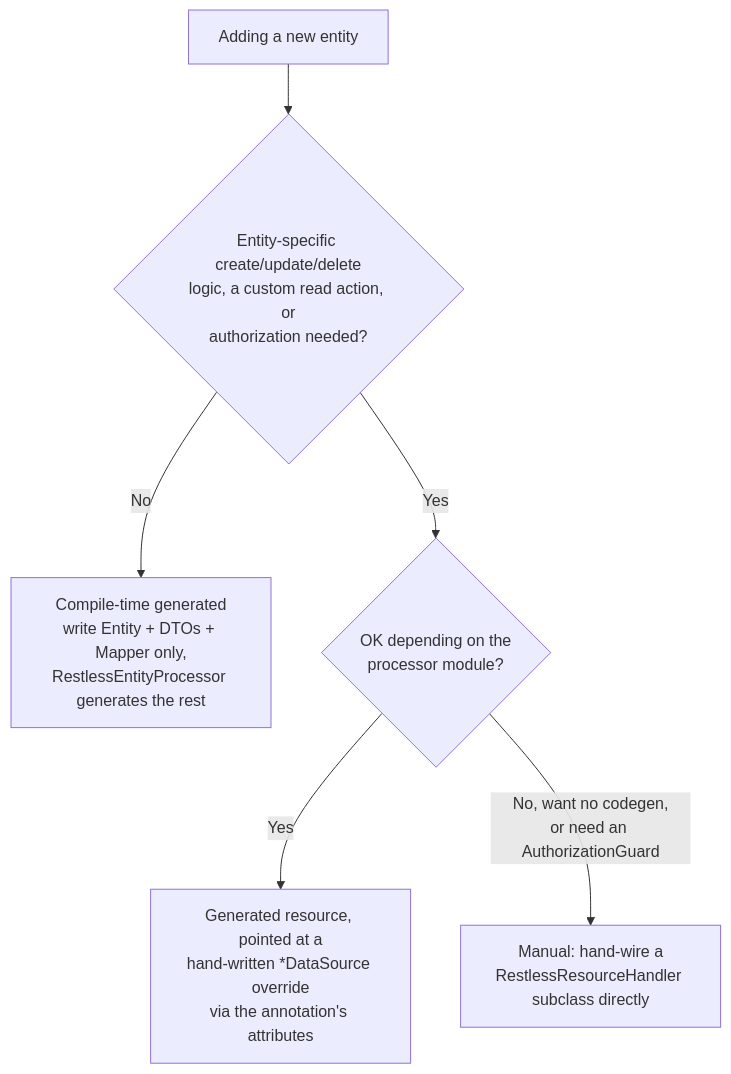
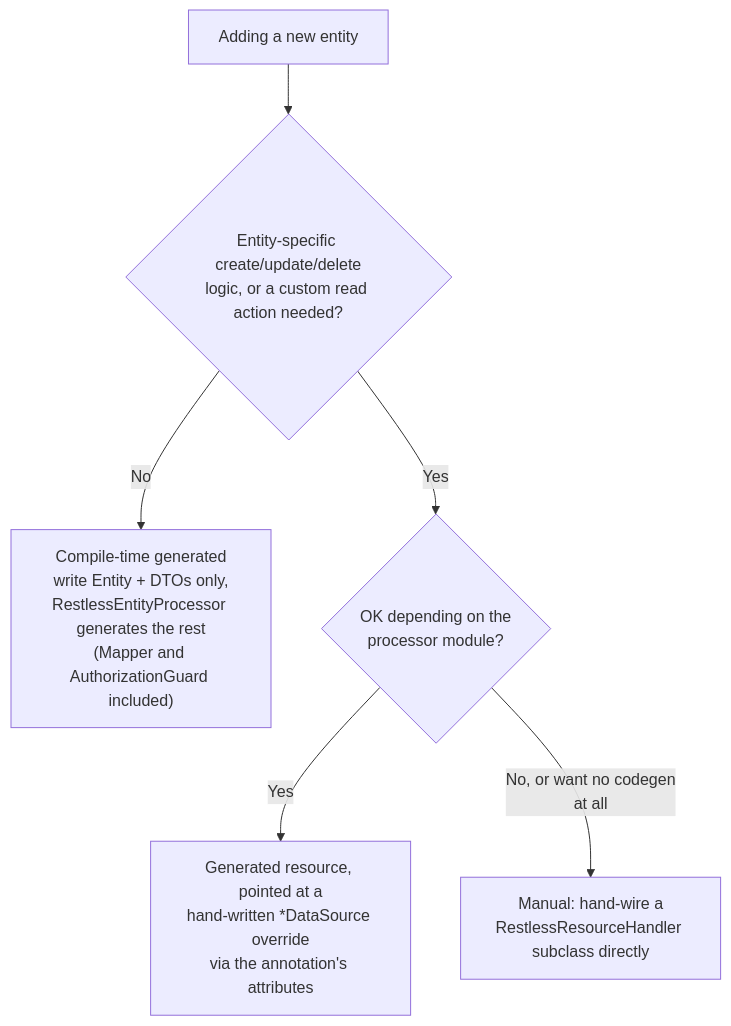
Before and after one commit to cristivoicu/springboot_restless: the fourth of 5 diagrams in README.md, drawn with Mermaid. The commit also changed other lines of this file and 25 other files, not shown here.

````diff
--- a/README.md
+++ b/README.md
@@ -263,8 +274,8 @@
 ```mermaid
 flowchart TD
-    Start["Adding a new entity"] --> Q1{"Entity-specific create/update/delete<br/>logic, a custom read action, or<br/>authorization needed?"}
-    Q1 -- "No" --> A["Compile-time generated<br/>write Entity + DTOs + Mapper only,<br/>RestlessEntityProcessor generates the rest"]
+    Start["Adding a new entity"] --> Q1{"Entity-specific create/update/delete<br/>logic, or a custom read action needed?"}
+    Q1 -- "No" --> A["Compile-time generated<br/>write Entity + DTOs only,<br/>RestlessEntityProcessor generates the rest<br/>(Mapper and AuthorizationGuard included)"]
     Q1 -- "Yes" --> Q2{"OK depending on the<br/>processor module?"}
     Q2 -- "Yes" --> B["Generated resource, pointed at a<br/>hand-written *DataSource override<br/>via the annotation's attributes"]
-    Q2 -- "No, want no codegen,<br/>or need an AuthorizationGuard" --> C["Manual: hand-wire a<br/>RestlessResourceHandler subclass directly"]
+    Q2 -- "No, or want no codegen<br/>at all" --> C["Manual: hand-wire a<br/>RestlessResourceHandler subclass directly"]
 ```
````
